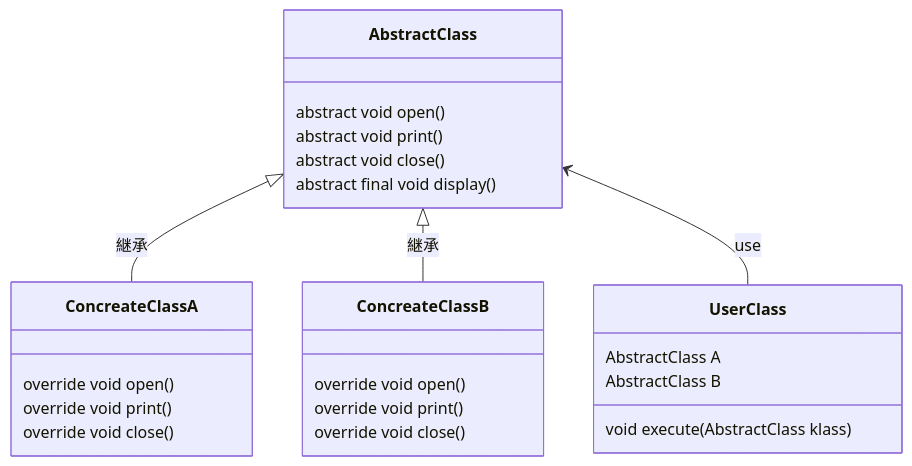
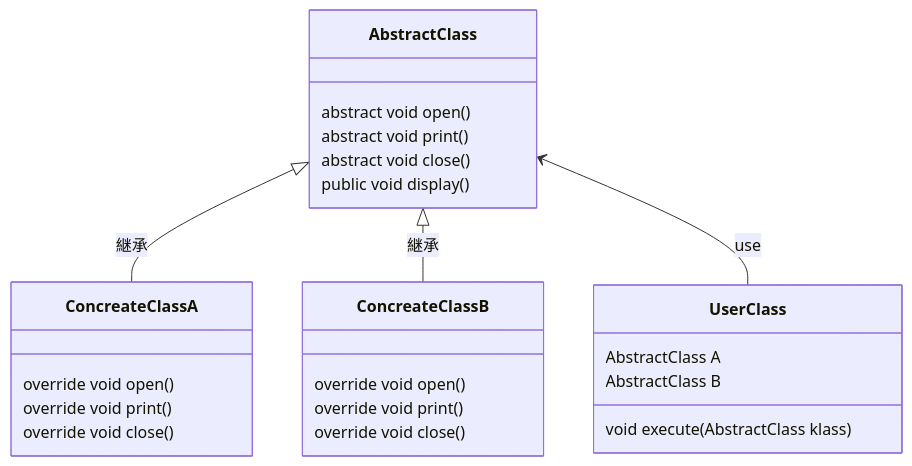
The diagram in template_method/ClassDiagram.md (0123takaokeita/design_patterns), drawn with Mermaid before and after one commit. The commit also changed other lines of this file and 2 other files, not shown here.

````diff
--- a/template_method/ClassDiagram.md
+++ b/template_method/ClassDiagram.md
@@ -22,31 +21,31 @@
 ```mermaid
 classDiagram
     AbstractClass <|-- ConcreateClassA : 継承
     AbstractClass <|-- ConcreateClassB : 継承
     AbstractClass <-- UserClass : use
 
     class AbstractClass {
         abstract void open()
         abstract void print()
         abstract void close()
-        abstract final void display()
+        public void display()
     }
 
     class UserClass {
         AbstractClass A
         AbstractClass B
         void execute(AbstractClass klass)
     }
 
     class ConcreateClassA {
         override void open()
         override void print()
         override void close()
     }
 
     class ConcreateClassB {
         override void open()
         override void print()
         override void close()
     }
 ```
````
